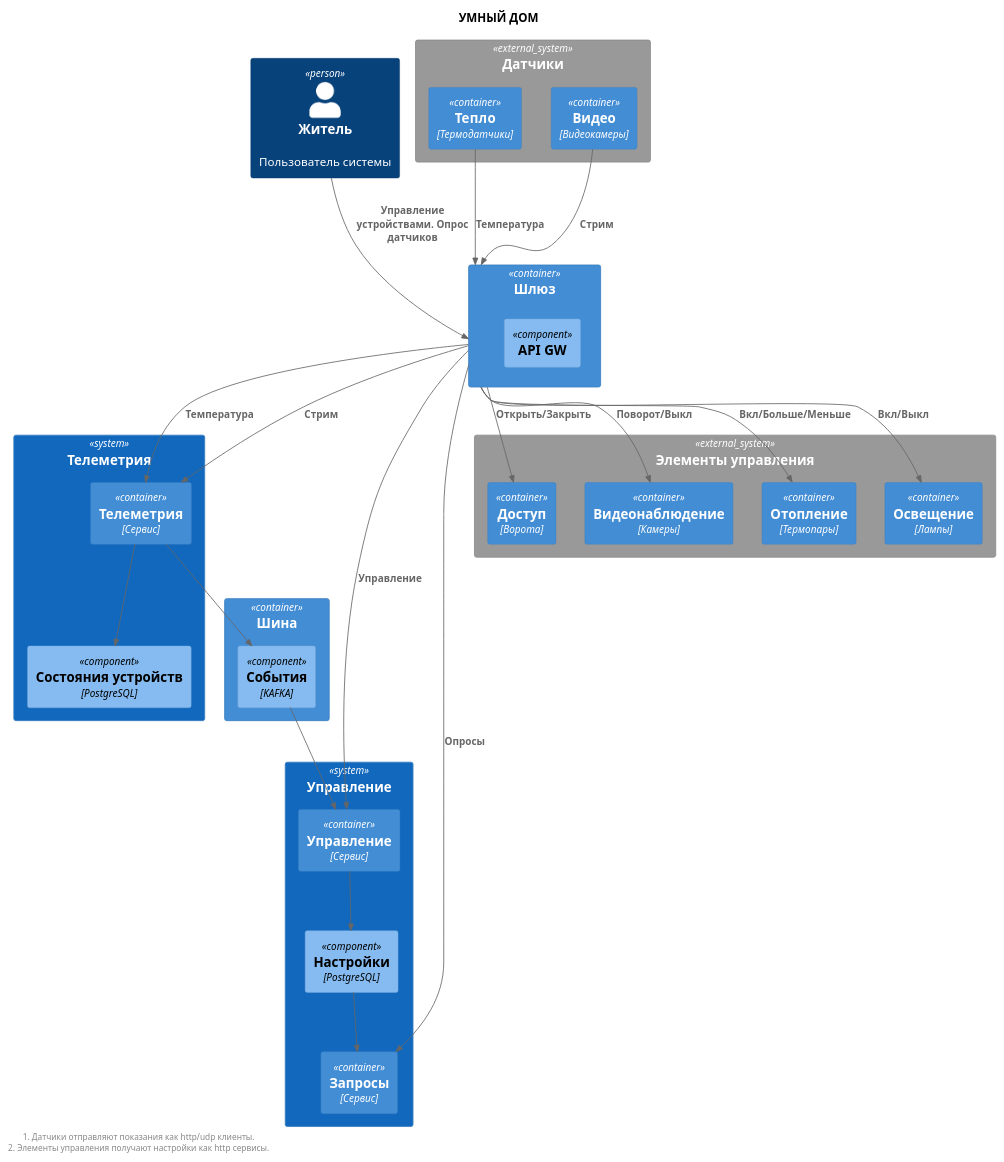
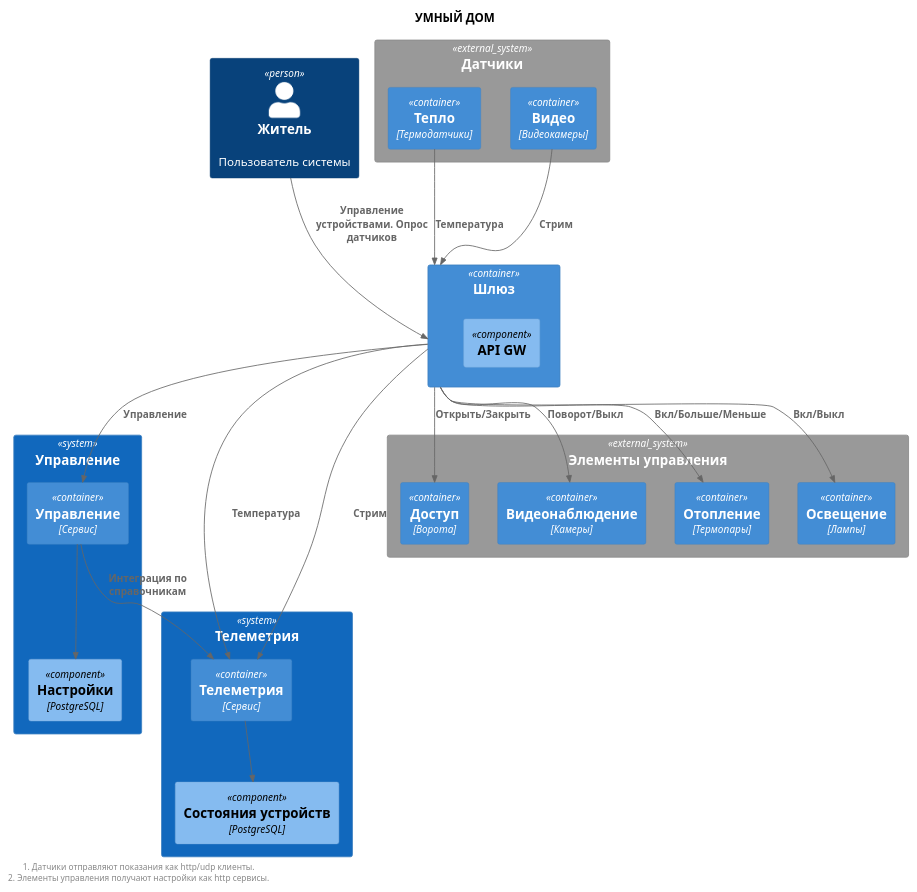
Before and after one commit to gyngazov/architecture-sprint-3: the diagram in smart-home-monolith/diagrams/context/ToBe.puml, drawn with PlantUML. The commit also changed 34 other files, not shown here.

```diff
--- a/smart-home-monolith/diagrams/context/ToBe.puml
+++ b/smart-home-monolith/diagrams/context/ToBe.puml
@@ -1,58 +1,54 @@
 @startuml
 
 title УМНЫЙ ДОМ
 
 top to bottom direction
 
 !includeurl https://raw.githubusercontent.com/RicardoNiepel/C4-PlantUML/master/C4_Component.puml
 
 Person(user, "Житель", "Пользователь системы")
 System(tele, "Телеметрия") {
     Container(vsrv, "Телеметрия", "Сервис")
     Component(bdt, "Состояния устройств", "PostgreSQL")
 }
 System(srvs, "Управление") {
     Container(sys, "Управление", "Сервис")
-    Container(qry, "Запросы", "Сервис")
     Component(bd, "Настройки", "PostgreSQL")
-}
-Container(infr, "Шина") {
-    Component(kf, "События", "KAFKA")
 }
 Container(gw, "Шлюз", "") {
     Component(igw, "API GW", "")
 }
 System_Ext(dt, "Датчики") {
     Container(dt1, "Тепло", "Термодатчики")
     Container(dt2, "Видео", "Видеокамеры")
 }
 System_Ext(tp, "Элементы управления") {
     Container(tp1, "Доступ", "Ворота")
     Container(tp2, "Видеонаблюдение", "Камеры")
     Container(tp3, "Отопление", "Термопары")
     Container(tp4, "Освещение", "Лампы")
 }
 
 
-Rel(kf, sys, "")
+
 Rel(dt1, gw, "Температура")
 Rel(dt2, gw, "Стрим")
 Rel(gw, vsrv, "Температура")
 Rel(gw, vsrv, "Стрим")
 Rel(vsrv, bdt, "")
-Rel(vsrv, kf, "")
+
 Rel(user, gw, "Управление устройствами. Опрос датчиков")
 Rel(gw, tp4, "Вкл/Выкл")
 Rel(gw, tp3, "Вкл/Больше/Меньше")
 Rel(gw, tp2, "Поворот/Выкл")
 Rel(gw, tp1, "Открыть/Закрыть")
 Rel(gw, sys, "Управление")
-Rel(gw, qry, "Опросы")
 Rel(sys, bd, "")
-Rel(bd, qry, "")
+Rel(sys, vsrv, "Интеграция по справочникам")
+
 
 left footer
 1. Датчики отправляют показания как http/udp клиенты.
 2. Элементы управления получают настройки как http сервисы.
 end footer
 @enduml
```
